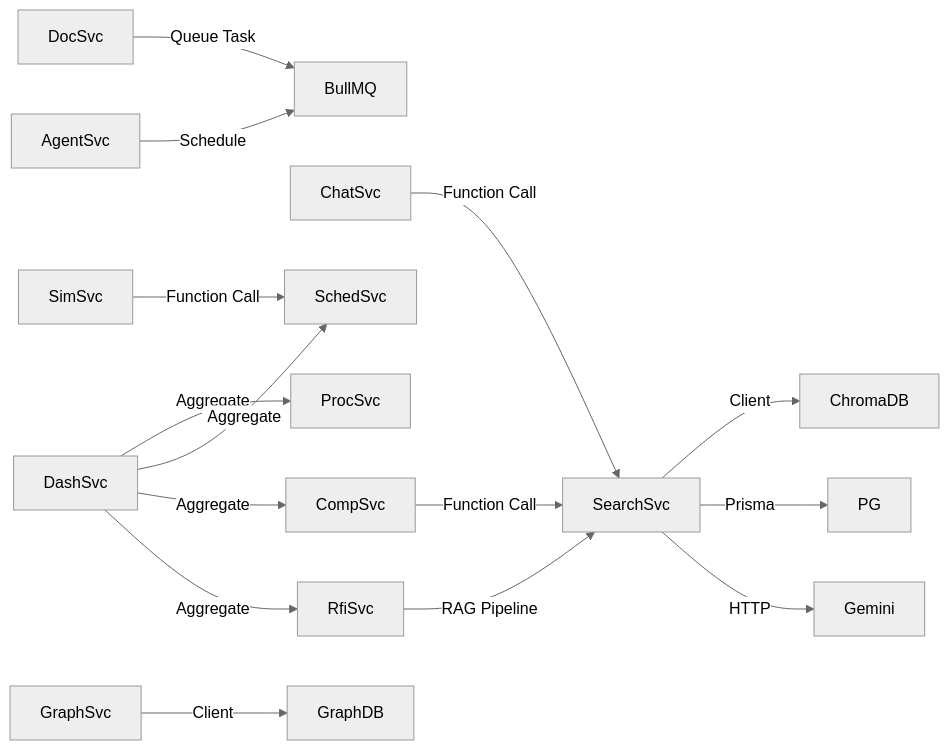
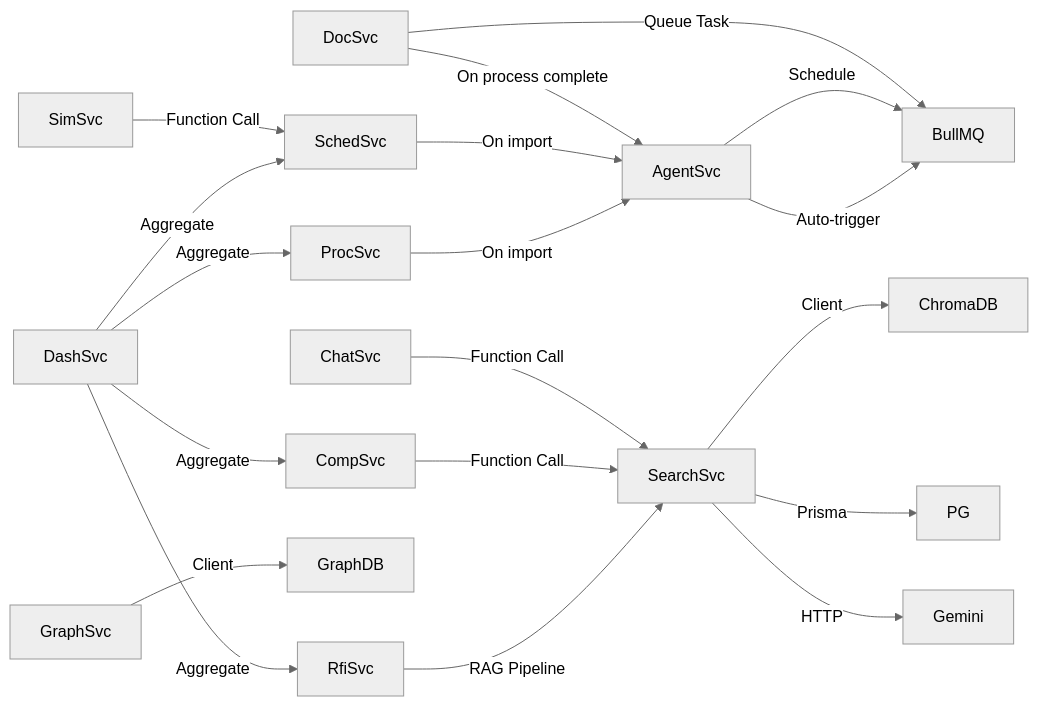
One commit to suryanshvermaa/DCBrain changed the second of 2 diagrams in .ai/ARCHITECTURE.md. Above: the diagram before and after it, drawn with Mermaid (neutral theme). The commit also changed 47 other files, not shown here.

````diff
--- a/.ai/ARCHITECTURE.md
+++ b/.ai/ARCHITECTURE.md
@@ -39,17 +39,21 @@
 ```mermaid
 graph LR
     DocSvc -->|Queue Task| BullMQ
     SearchSvc -->|Client| ChromaDB
     SearchSvc -->|Prisma| PG
     SearchSvc -->|HTTP| Gemini
     ChatSvc -->|Function Call| SearchSvc
     CompSvc -->|Function Call| SearchSvc
     AgentSvc -->|Schedule| BullMQ
+    AgentSvc -->|Auto-trigger| BullMQ
+    DocSvc -->|On process complete| AgentSvc
+    SchedSvc -->|On import| AgentSvc
+    ProcSvc -->|On import| AgentSvc
     SimSvc -->|Function Call| SchedSvc
     GraphSvc -->|Client| GraphDB
     RfiSvc -->|RAG Pipeline| SearchSvc
     DashSvc -->|Aggregate| ProcSvc
     DashSvc -->|Aggregate| SchedSvc
     DashSvc -->|Aggregate| CompSvc
     DashSvc -->|Aggregate| RfiSvc
 ```
````
